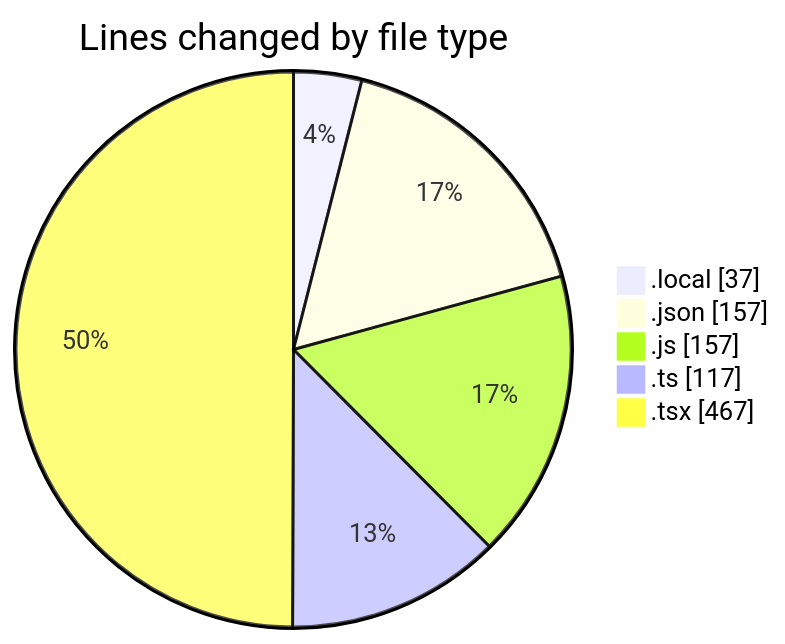
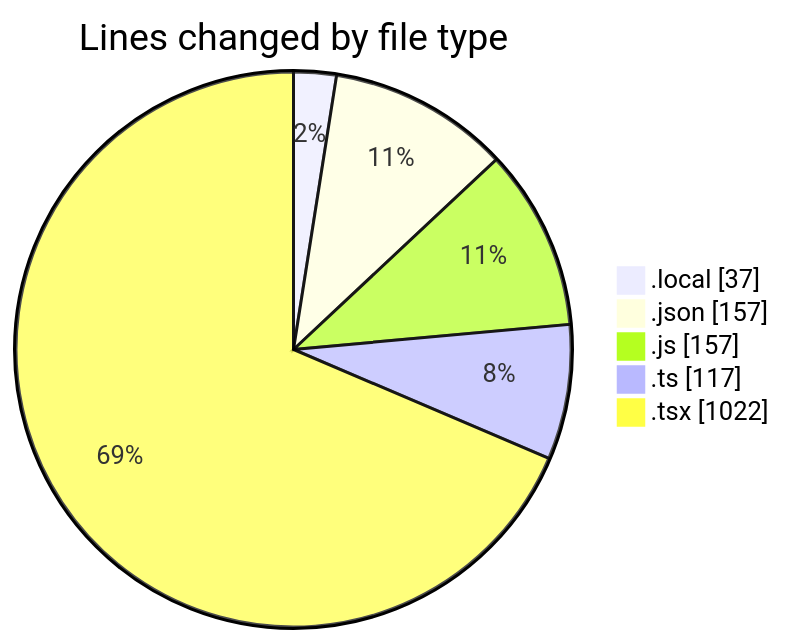
The first of 2 diagrams in 2026-02-17/id_ia/README.md (becaeroporto-bot/code-tracking), drawn with Mermaid before and after one commit. The commit also changed other lines of this file and 1 other file, not shown here.

````diff
--- a/2026-02-17/id_ia/README.md
+++ b/2026-02-17/id_ia/README.md
@@ -28,9 +31,9 @@
 ```mermaid
 pie showData
 title Lines changed by file type
 ".local" : 37
 ".json" : 157
 ".js" : 157
 ".ts" : 117
-".tsx" : 467
+".tsx" : 1022
 ```
````
